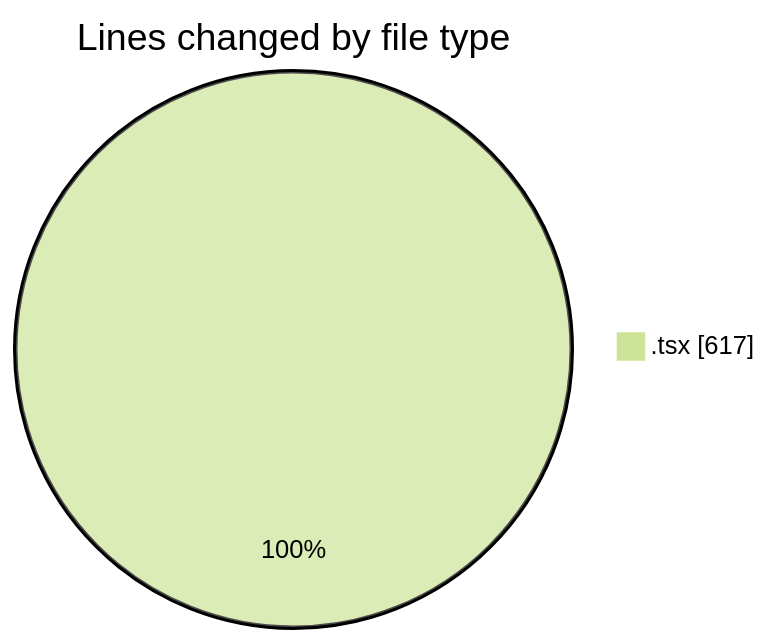
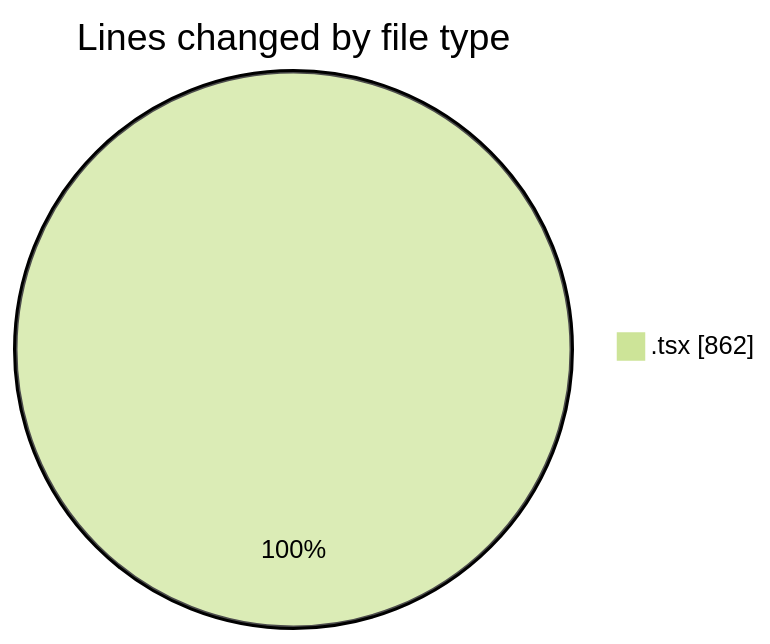
Before and after one commit to Ritupan-Deka/code-tracking: the first of 2 diagrams in 2025-10-20/scopecraft/README.md, drawn with Mermaid (forest theme). The commit also changed other lines of this file and 1 other file, not shown here.

````diff
--- a/2025-10-20/scopecraft/README.md
+++ b/2025-10-20/scopecraft/README.md
@@ -26,5 +27,5 @@
 ```mermaid
 pie showData
 title Lines changed by file type
-".tsx" : 617
+".tsx" : 862
 ```
````
